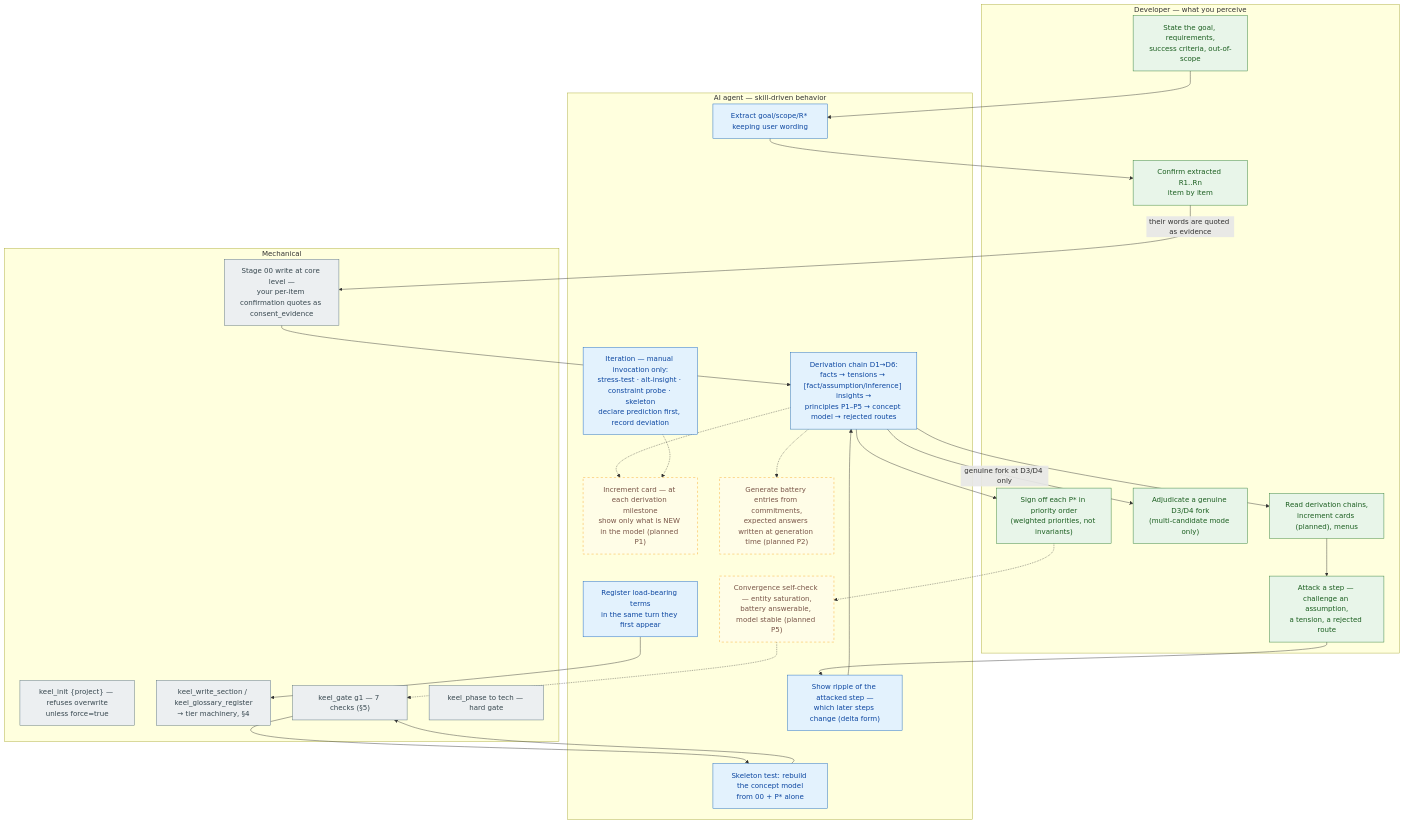
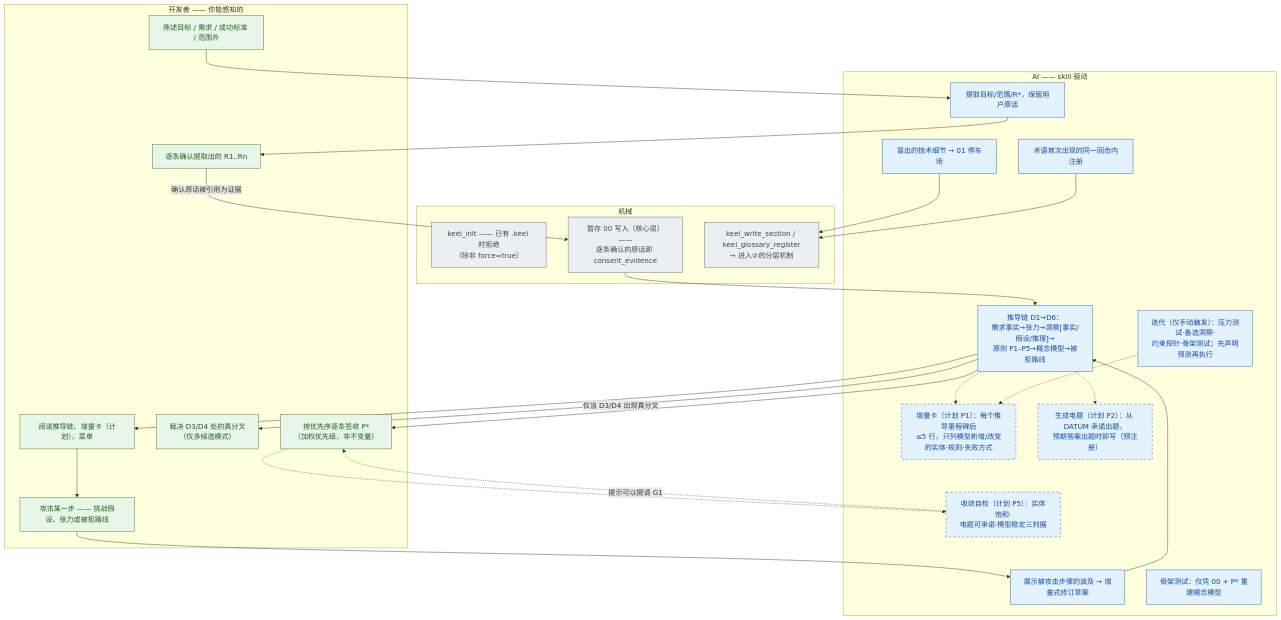
The third of 10 diagrams in docs/MENTAL-MODEL.md (maxi3777/Keel), drawn with Mermaid before and after one commit. The commit also changed other lines of this file, not shown here.

First line of the commit message:
docs: MENTAL-MODEL v2 — master/detail structure, Chinese, border-only planning marks

````diff
--- a/docs/MENTAL-MODEL.md
+++ b/docs/MENTAL-MODEL.md
@@ -110,49 +100,46 @@
 ```mermaid
 flowchart TD
-    subgraph H["Developer — what you perceive"]
-    STATE["State the goal, requirements,<br/>success criteria, out-of-scope"]:::human
-    CONF["Confirm extracted R1..Rn<br/>item by item"]:::human
-    READ["Read derivation chains,<br/>increment cards (planned), menus"]:::human
-    CHAL["Attack a step — challenge an assumption,<br/>a tension, a rejected route"]:::human
-    FORK["Adjudicate a genuine D3/D4 fork<br/>(multi-candidate mode only)"]:::human
-    SIGN["Sign off each P* in priority order<br/>(weighted priorities, not invariants)"]:::human
+    subgraph H["开发者 —— 你能感知的"]
+    STATE["陈述目标 / 需求 / 成功标准 / 范围外"]:::human
+    CONF["逐条确认提取出的 R1..Rn"]:::human
+    READ["阅读推导链、增量卡（计划）、菜单"]:::human
+    CHAL["攻击某一步 —— 挑战假设、张力或被拒路线"]:::human
+    FORK["裁决 D3/D4 处的真分叉<br/>（仅多候选模式）"]:::human
+    SIGN["按优先序逐条签收 P*<br/>（加权优先级，非不变量）"]:::human
     end
-
-    subgraph A["AI agent — skill-driven behavior"]
-    EXTRACT["Extract goal/scope/R* keeping user wording"]:::ai
-    DCHAIN["Derivation chain D1→D6:<br/>facts → tensions → [fact/assumption/inference] insights →<br/>principles P1–P5 → concept model → rejected routes"]:::ai
-    TERM["Register load-bearing terms<br/>in the same turn they first appear"]:::ai
-    RIP["Show ripple of the attacked step —<br/>which later steps change (delta form)"]:::ai
-    SKEL["Skeleton test: rebuild the concept model<br/>from 00 + P* alone"]:::ai
-    ITER["Iteration — manual invocation only:<br/>stress-test · alt-insight · constraint probe · skeleton<br/>declare prediction first, record deviation"]:::ai
-    CARD["Increment card — at each derivation milestone<br/>show only what is NEW in the model (planned P1)"]:::planned
-    BAT["Generate battery entries from commitments,<br/>expected answers written at generation time (planned P2)"]:::planned
-    CONV["Convergence self-check — entity saturation,<br/>battery answerable, model stable (planned P5)"]:::planned
+    subgraph A["AI —— skill 驱动"]
+    EXTRACT["提取目标/范围/R*，保留用户原话"]:::ai
+    DCHAIN["推导链 D1→D6：<br/>需求事实→张力→洞察[事实/假设/推理]→<br/>原则 P1–P5→概念模型→被拒路线"]:::ai
+    TERM["术语首次出现的同一回合内注册"]:::ai
+    RIP["展示被攻击步骤的波及 → 增量式修订草案"]:::ai
+    PARK["冒出的技术细节 → 01 停车场"]:::ai
+    SKEL["骨架测试：仅凭 00 + P* 重建概念模型"]:::ai
+    ITER["迭代（仅手动触发）：压力测试·备选洞察·<br/>约束探针·骨架测试；先声明预测再执行"]:::ai
+    CARD["增量卡（计划 P1）：每个推导里程碑后<br/>≤5 行，只列模型新增/改变的实体·规则·失败方式"]:::plantai
+    BATGEN["生成电题（计划 P2）：从 DATUM 承诺出题，<br/>预期答案出题时即写（预注册）"]:::plantai
+    CONV["收敛自检（计划 P5）：实体饱和·<br/>电题可承诺·模型稳定三判据"]:::plantai
     end
-
-    subgraph M["Mechanical"]
-    INIT2["keel_init {project} — refuses overwrite<br/>unless force=true"]:::mech
-    W00["Stage 00 write at core level —<br/>your per-item confirmation quotes as consent_evidence"]:::mech
-    PROPOSE["keel_write_section / keel_glossary_register<br/>→ tier machinery, §4"]:::mech
-    GATE1["keel_gate g1 — 7 checks (§5)"]:::mech
-    PHASE1["keel_phase to tech — hard gate"]:::mech
+    subgraph M["机械"]
+    INIT["keel_init —— 已有 .keel 时拒绝<br/>（除非 force=true）"]:::mech
+    W00["暂存 00 写入（核心层）——<br/>逐条确认的原话即 consent_evidence"]:::mech
+    PROPOSE["keel_write_section / keel_glossary_register<br/>→ 进入②的分层机制"]:::mech
     end
 
     STATE --> EXTRACT --> CONF
-    CONF -->|"their words are quoted as evidence"| W00
+    CONF -->|"确认原话被引用为证据"| W00
     W00 --> DCHAIN --> READ
     DCHAIN -.-> CARD
-    DCHAIN -.-> BAT
+    DCHAIN -.-> BATGEN
     READ --> CHAL --> RIP --> DCHAIN
-    DCHAIN -->|"genuine fork at D3/D4 only"| FORK
+    DCHAIN -->|"仅当 D3/D4 出现真分叉"| FORK
+    PARK --> PROPOSE
     TERM --> PROPOSE
     DCHAIN --> SIGN
     SIGN -.-> CONV
-    CONV -.-> GATE1
-    GATE1 --> SKEL --> GATE1
+    CONV -.->|"提示可以提请 G1"| SIGN
     ITER -.-> CARD
     classDef human fill:#e8f5e9,stroke:#2e7d32,color:#1b5e20
     classDef ai fill:#e3f2fd,stroke:#1565c0,color:#0d47a1
     classDef mech fill:#eceff1,stroke:#546e7a,color:#37474f
-    classDef planned fill:#fffde7,stroke:#f9a825,stroke-dasharray:5 5,color:#795548
+    classDef plantai fill:#e3f2fd,stroke:#1565c0,stroke-dasharray:5 5,color:#0d47a1
 ```
````
